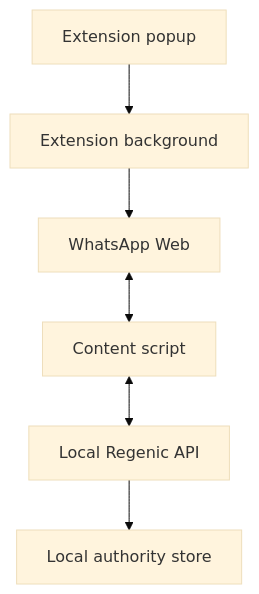
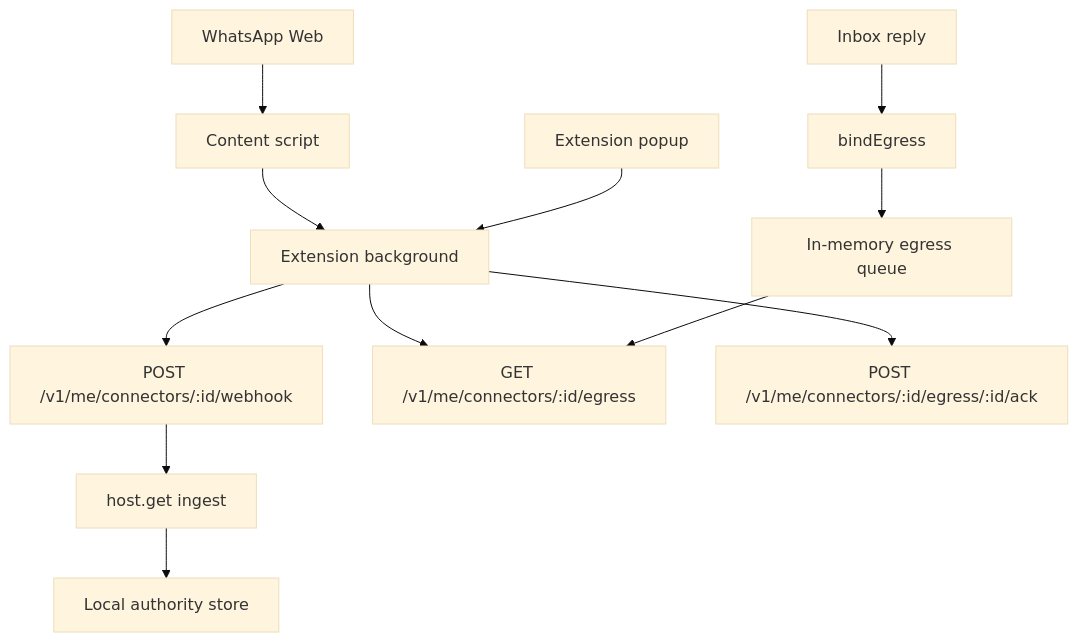
Before and after one commit to regenic-ai/regenic: the diagram in docs/en/WHATSAPP_WEB_LIVE_CONNECTOR.md, drawn with Mermaid (base theme). The commit also changed other lines of this file and 86 other files, not shown here.

First line of the commit message:
Give private connectors a load contract and a narrow host.

````diff
--- a/docs/en/WHATSAPP_WEB_LIVE_CONNECTOR.md
+++ b/docs/en/WHATSAPP_WEB_LIVE_CONNECTOR.md
@@ -22,8 +33,14 @@
 ```mermaid
 flowchart TD
-  WA[WhatsApp Web] <--> CS[Content script]
-  CS <--> API[Local Regenic API]
-  POPUP[Extension popup] --> BG[Extension background]
-  BG --> WA
-  API --> Store[Local authority store]
+  WA[WhatsApp Web] --> CS[Content script]
+  CS --> BG[Extension background]
+  POPUP[Extension popup] --> BG
+  BG --> WH[POST /v1/me/connectors/:id/webhook]
+  BG --> EQ[GET /v1/me/connectors/:id/egress]
+  BG --> ACK[POST /v1/me/connectors/:id/egress/:id/ack]
+  INBOX[Inbox reply] --> EG[bindEgress]
+  EG --> Q[In-memory egress queue]
+  Q --> EQ
+  WH --> INGEST[host.get ingest]
+  INGEST --> Store[Local authority store]
 ```
````
